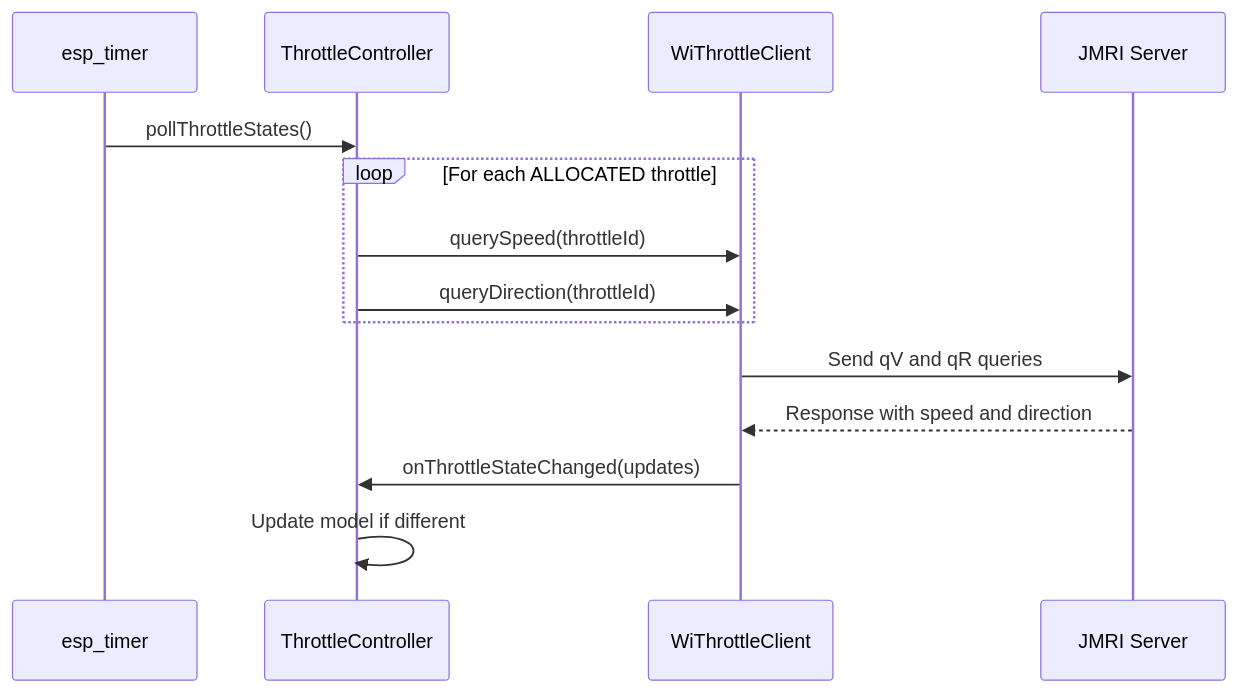
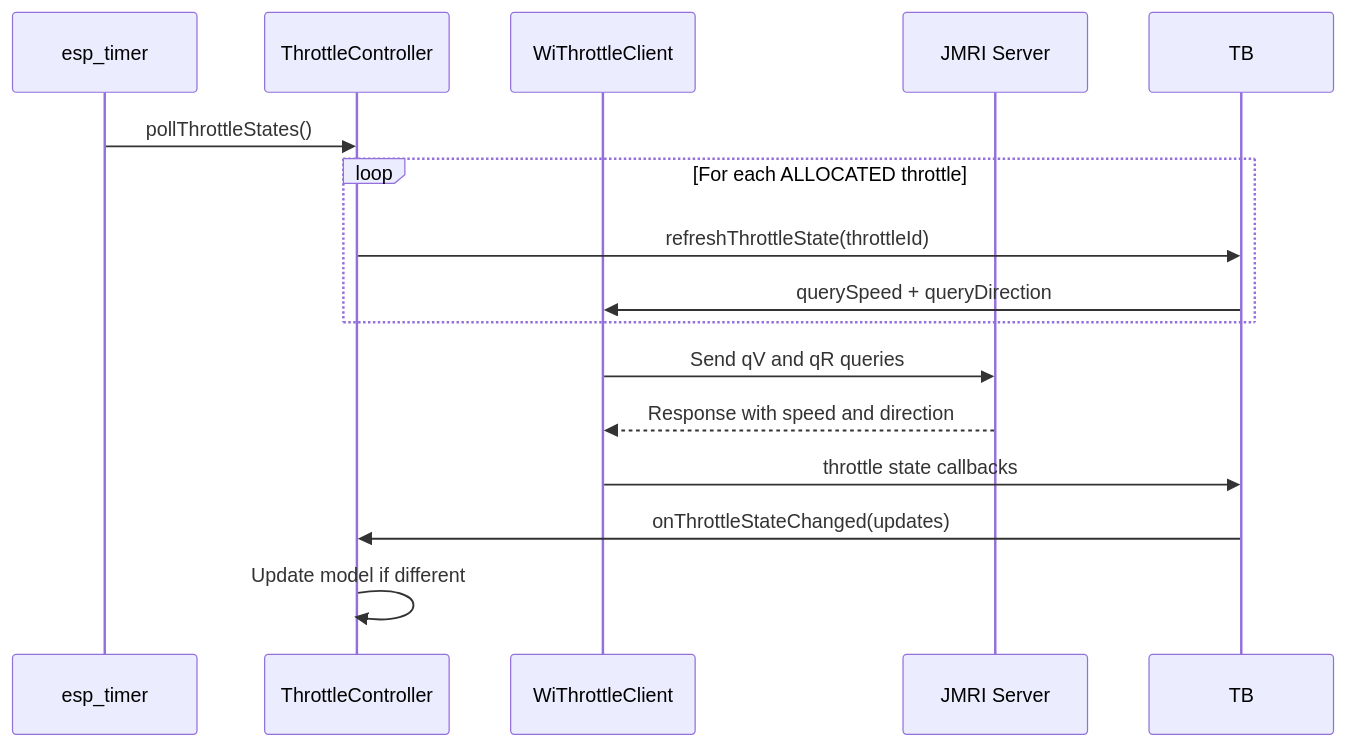
The fourth of 4 diagrams in docs/flows/SPEED_CONTROL.md (bazauto/esp-layout-controller), drawn with Mermaid before and after one commit. The commit also changed other lines of this file and 19 other files, not shown here.

````diff
--- a/docs/flows/SPEED_CONTROL.md
+++ b/docs/flows/SPEED_CONTROL.md
@@ -98,17 +103,18 @@
 ```mermaid
 sequenceDiagram
     participant Timer as esp_timer
     participant TC as ThrottleController
     participant WT as WiThrottleClient
     participant JMRI as JMRI Server
 
     Timer->>TC: pollThrottleStates()
     loop For each ALLOCATED throttle
-        TC->>WT: querySpeed(throttleId)
-        TC->>WT: queryDirection(throttleId)
+        TC->>TB: refreshThrottleState(throttleId)
+        TB->>WT: querySpeed + queryDirection
     end
     WT->>JMRI: Send qV and qR queries
     JMRI-->>WT: Response with speed and direction
-    WT->>TC: onThrottleStateChanged(updates)
+    WT->>TB: throttle state callbacks
+    TB->>TC: onThrottleStateChanged(updates)
     TC->>TC: Update model if different
 ```
````
